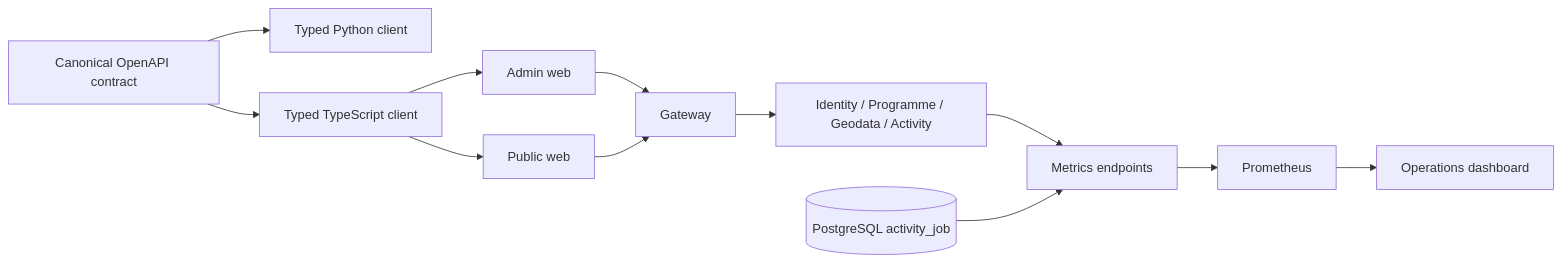
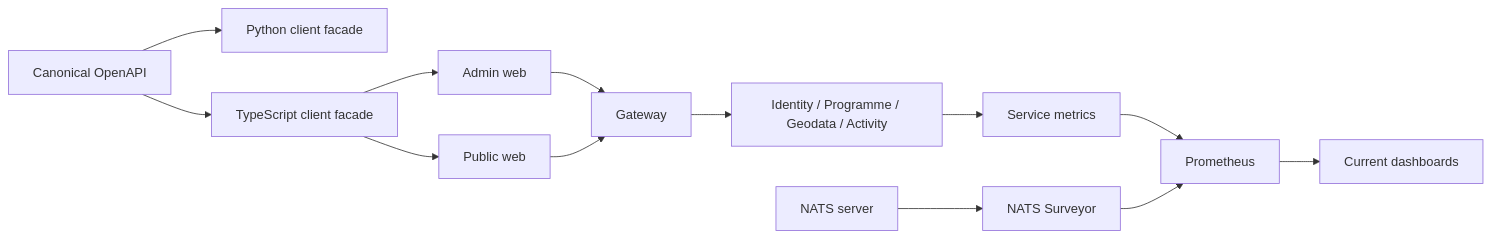
The diagram in docs/architecture/diagrams/api-phase4-operational-migration.md (myota-platform/myota-docs), drawn with Mermaid before and after one commit. The commit also changed other lines of this file and 24 other files, not shown here.

First line of the commit message:
docs(review): complete architecture review phases 1-4

````diff
--- a/docs/architecture/diagrams/api-phase4-operational-migration.md
+++ b/docs/architecture/diagrams/api-phase4-operational-migration.md
@@ -3,14 +3,15 @@
-```mermaid
+~~~mermaid
 flowchart LR
-  Contract[Canonical OpenAPI contract] --> Py[Typed Python client]
-  Contract --> Ts[Typed TypeScript client]
+  Contract[Canonical OpenAPI] --> Py[Python client facade]
+  Contract --> Ts[TypeScript client facade]
   Ts --> Admin[Admin web]
   Ts --> Public[Public web]
   Admin --> Gateway[Gateway]
   Public --> Gateway
   Gateway --> Services[Identity / Programme / Geodata / Activity]
-  Services --> Metrics[Metrics endpoints]
+  Services --> Metrics[Service metrics]
   Metrics --> Prometheus[Prometheus]
-  Prometheus --> Grafana[Operations dashboard]
-  ActivityDB[(PostgreSQL activity_job)] --> Metrics
-```
+  Prometheus --> Grafana[Current dashboards]
+  NATS[NATS server] --> Surveyor[NATS Surveyor]
+  Surveyor --> Prometheus
+~~~
````
